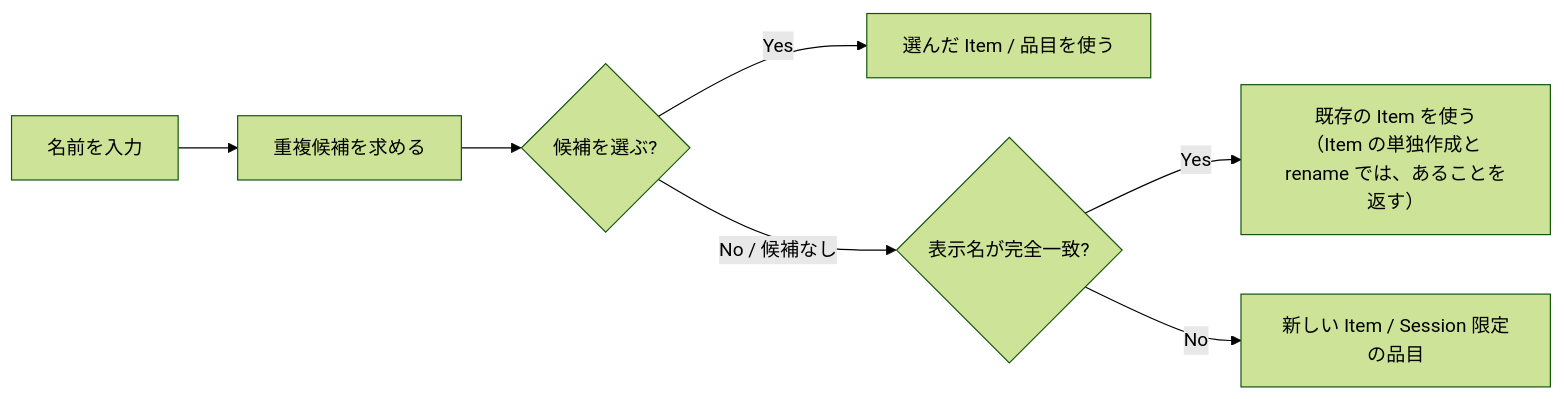
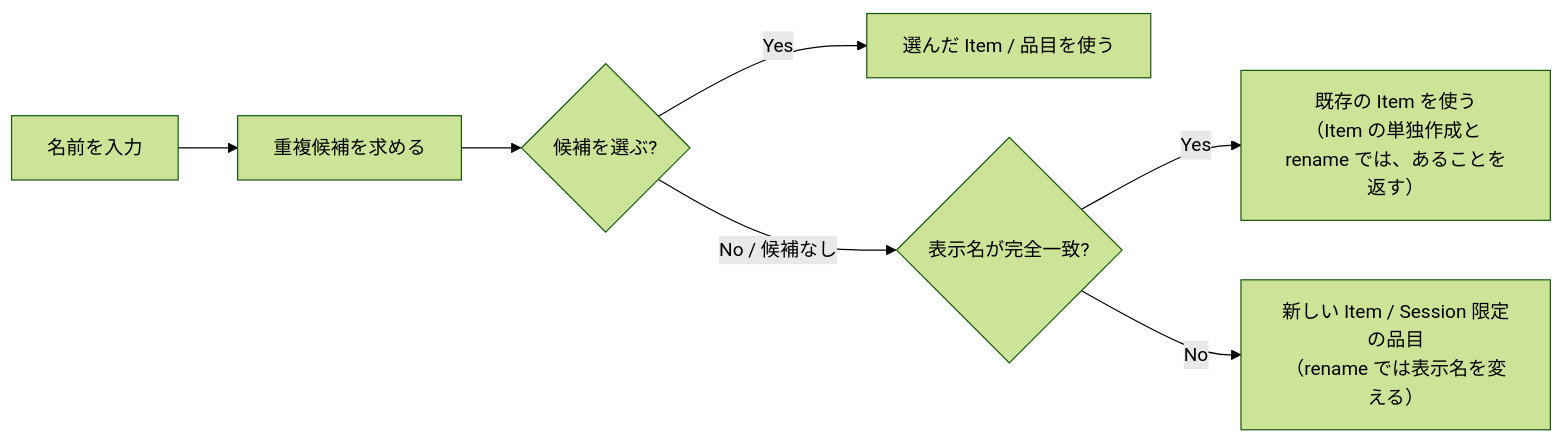
One commit to kyo1941/RecipeDeck changed the third of 3 diagrams in docs/spec.md. Above: the diagram before and after it, drawn with Mermaid (forest theme). The commit also changed 1 other file, not shown here.

Commit message:
docs: 重複候補の図に rename の分岐を足し、rename の結果に Item を持たせる理由を残す

````diff
--- a/docs/spec.md
+++ b/docs/spec.md
@@ -266,9 +266,9 @@
 ```mermaid
 flowchart LR
     A["名前を入力"] --> B["重複候補を求める"]
     B --> C{"候補を選ぶ?"}
     C -->|"Yes"| D["選んだ Item / 品目を使う"]
     C -->|"No / 候補なし"| E{"表示名が完全一致?"}
     E -->|"Yes"| F["既存の Item を使う<br>（Item の単独作成と rename では、あることを返す）"]
-    E -->|"No"| G["新しい Item / Session 限定の品目"]
+    E -->|"No"| G["新しい Item / Session 限定の品目<br>（rename では表示名を変える）"]
 ```
````
